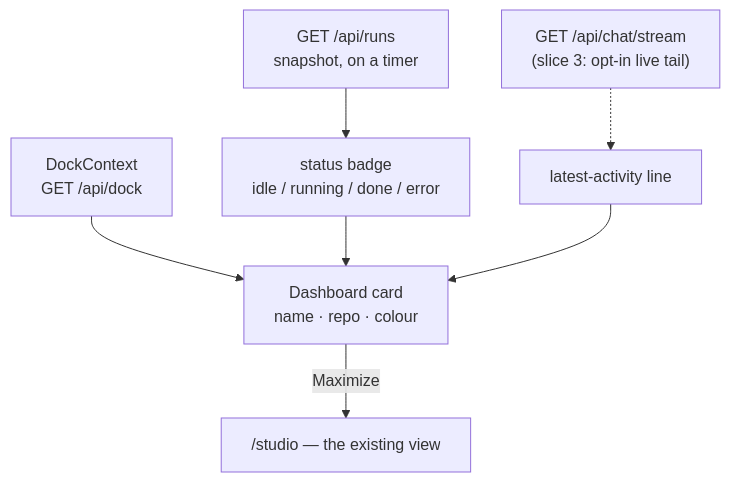
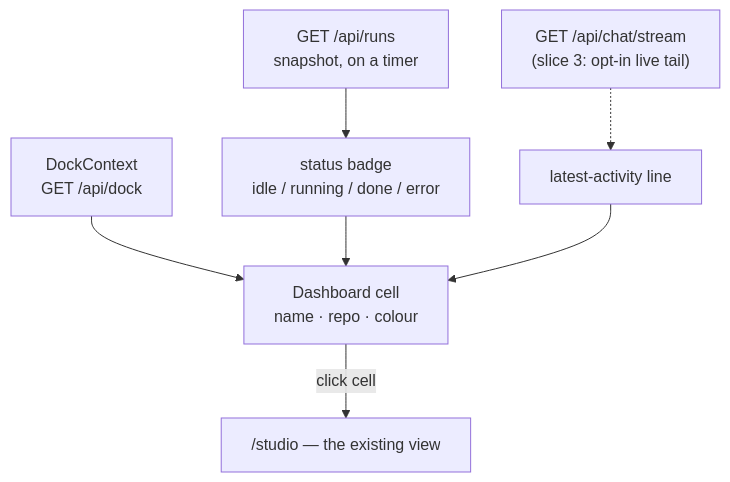
The first of 2 diagrams in plans/agent-dashboard-tech.md (mirceta/birocode), drawn with Mermaid before and after one commit. The commit also changed other lines of this file and 13 other files, not shown here.

````diff
--- a/plans/agent-dashboard-tech.md
+++ b/plans/agent-dashboard-tech.md
@@ -22,9 +22,9 @@
 ```mermaid
 flowchart TD
   Dock["DockContext<br/>GET /api/dock"] --> Card
   Runs["GET /api/runs<br/>snapshot, on a timer"] --> Badge["status badge<br/>idle / running / done / error"]
   Stream["GET /api/chat/stream<br/>(slice 3: opt-in live tail)"] -.-> Activity["latest-activity line"]
   Badge --> Card
   Activity --> Card
-  Card["Dashboard card<br/>name · repo · colour"] -->|Maximize| Studio["/studio — the existing view"]
+  Card["Dashboard cell<br/>name · repo · colour"] -->|click cell| Studio["/studio — the existing view"]
 ```
````
